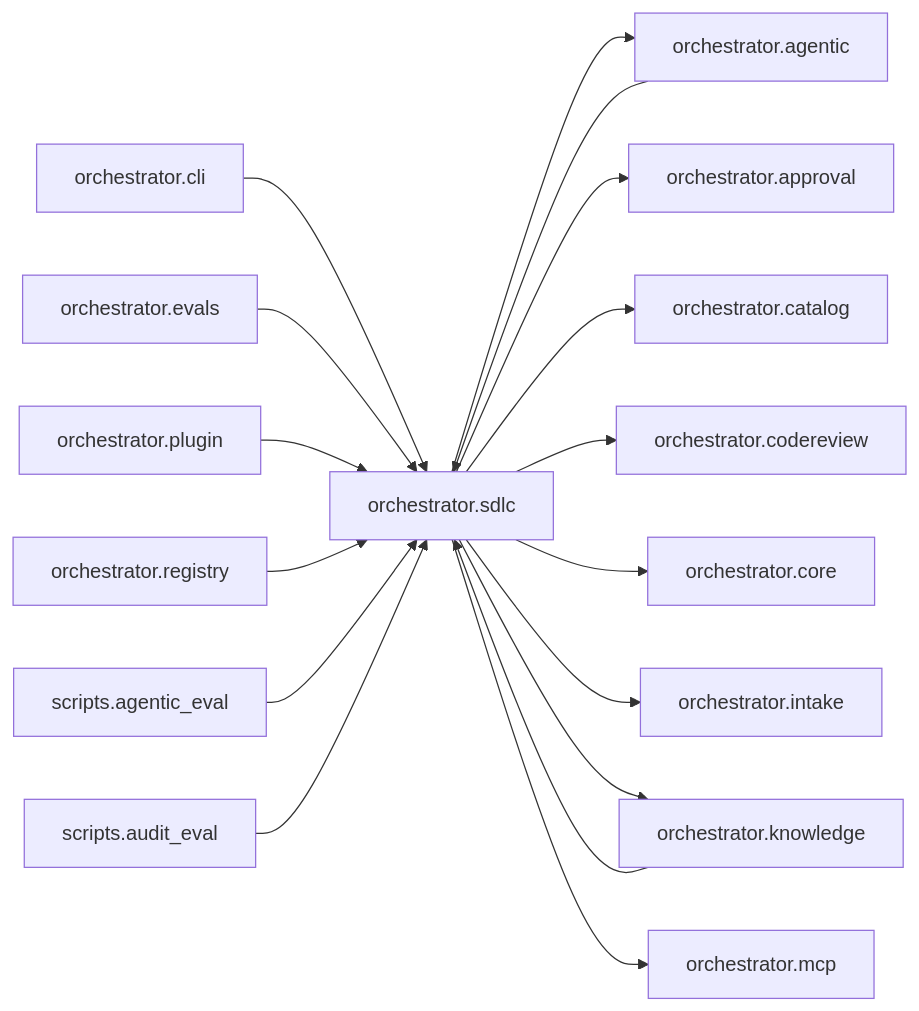
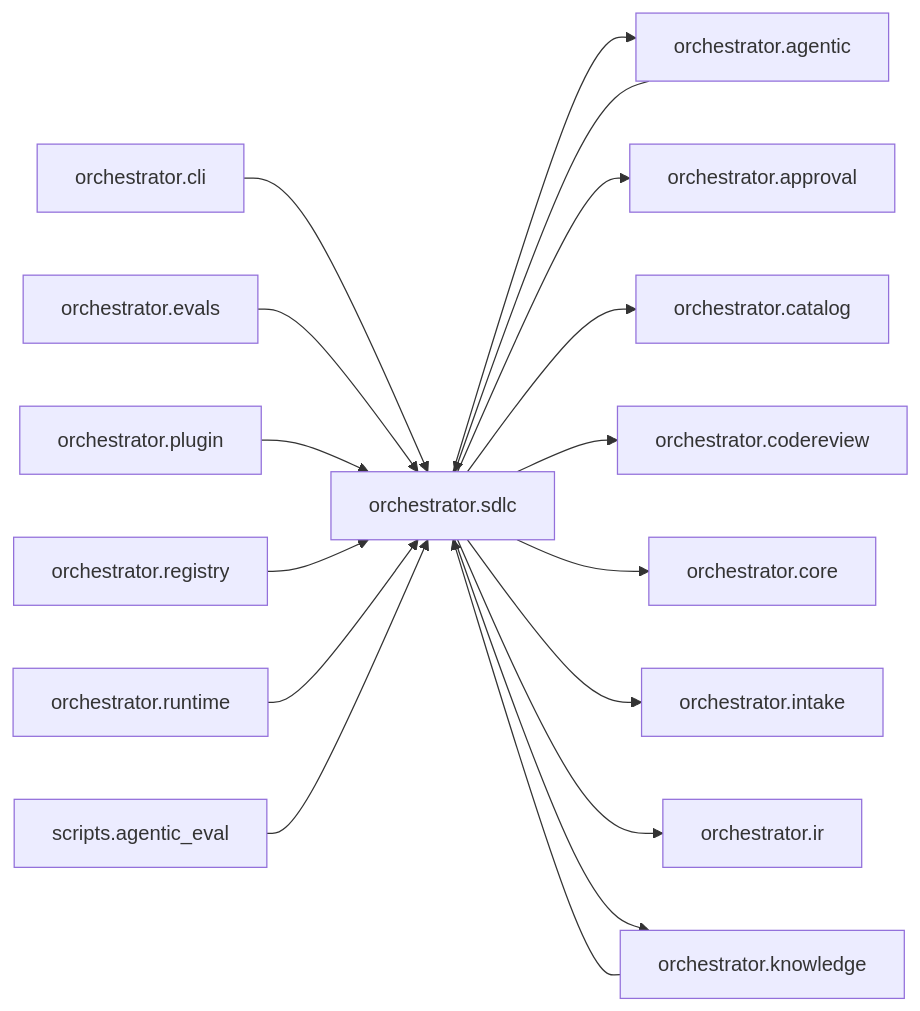
Before and after one commit to synaptixs/spine: the diagram in episteme/areas/orchestrator.sdlc.md, drawn with Mermaid. The commit also changed other lines of this file and 53 other files, not shown here.

````diff
--- a/episteme/areas/orchestrator.sdlc.md
+++ b/episteme/areas/orchestrator.sdlc.md
@@ -8,34 +8,34 @@
 ```mermaid
 flowchart LR
   n0["orchestrator.sdlc"]
   n1["orchestrator.agentic"]
   n2["orchestrator.cli"]
   n3["orchestrator.evals"]
   n4["orchestrator.knowledge"]
   n5["orchestrator.plugin"]
   n6["orchestrator.registry"]
-  n7["scripts.agentic_eval"]
-  n8["scripts.audit_eval"]
+  n7["orchestrator.runtime"]
+  n8["scripts.agentic_eval"]
   n9["orchestrator.approval"]
   n10["orchestrator.catalog"]
   n11["orchestrator.codereview"]
   n12["orchestrator.core"]
   n13["orchestrator.intake"]
-  n14["orchestrator.mcp"]
+  n14["orchestrator.ir"]
   n1 --> n0
   n2 --> n0
   n3 --> n0
   n4 --> n0
   n5 --> n0
   n6 --> n0
   n7 --> n0
   n8 --> n0
   n0 --> n1
   n0 --> n9
   n0 --> n10
   n0 --> n11
   n0 --> n12
   n0 --> n13
+  n0 --> n14
   n0 --> n4
-  n0 --> n14
 ```
````
